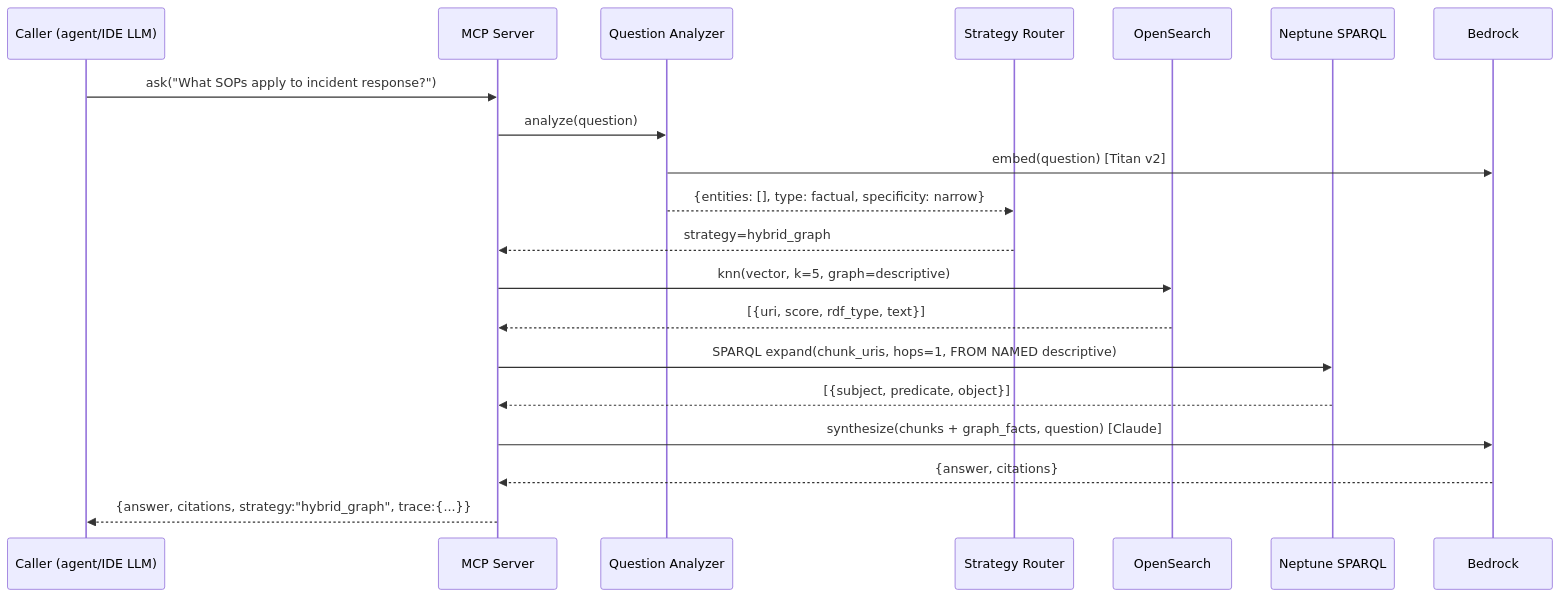
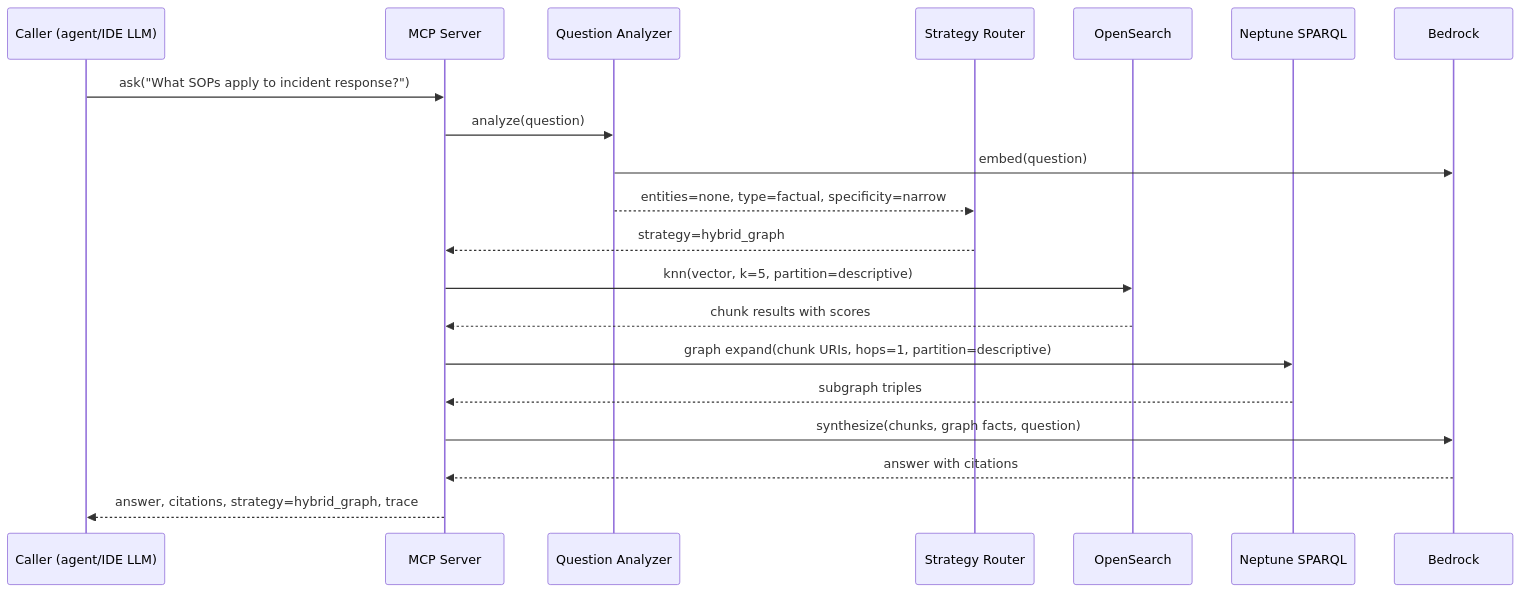
The second of 5 diagrams in docs/architecture/biz-ops-knowledge-graph/design.md (eugenelim/graphrag-aws-template), drawn with Mermaid before and after one commit. The commit also changed other lines of this file, not shown here.

First line of the commit message:
docs(architecture): fix invalid mermaid diagrams and clarify physical topology connections

````diff
--- a/docs/architecture/biz-ops-knowledge-graph/design.md
+++ b/docs/architecture/biz-ops-knowledge-graph/design.md
@@ -447,23 +447,23 @@
 ```mermaid
 sequenceDiagram
     participant C as Caller (agent/IDE LLM)
     participant M as MCP Server
     participant A as Question Analyzer
     participant R as Strategy Router
     participant OS as OpenSearch
     participant NP as Neptune SPARQL
     participant BD as Bedrock
 
     C->>M: ask("What SOPs apply to incident response?")
     M->>A: analyze(question)
-    A->>BD: embed(question)              [Titan v2]
-    A-->>R: {entities: [], type: factual, specificity: narrow}
+    A->>BD: embed(question)
+    A-->>R: entities=none, type=factual, specificity=narrow
     R-->>M: strategy=hybrid_graph
-    M->>OS: knn(vector, k=5, graph=descriptive)
-    OS-->>M: [{uri, score, rdf_type, text}]
-    M->>NP: SPARQL expand(chunk_uris, hops=1, FROM NAMED descriptive)
-    NP-->>M: [{subject, predicate, object}]
-    M->>BD: synthesize(chunks + graph_facts, question)   [Claude]
-    BD-->>M: {answer, citations}
-    M-->>C: {answer, citations, strategy:"hybrid_graph", trace:{...}}
+    M->>OS: knn(vector, k=5, partition=descriptive)
+    OS-->>M: chunk results with scores
+    M->>NP: graph expand(chunk URIs, hops=1, partition=descriptive)
+    NP-->>M: subgraph triples
+    M->>BD: synthesize(chunks, graph facts, question)
+    BD-->>M: answer with citations
+    M-->>C: answer, citations, strategy=hybrid_graph, trace
 ```
````
